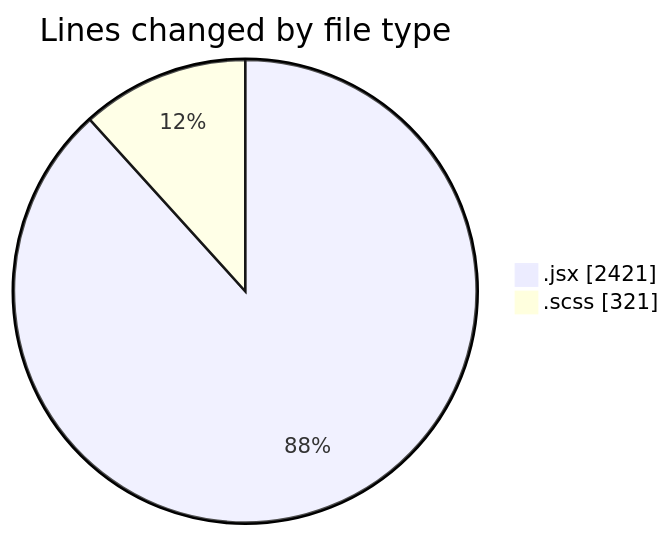
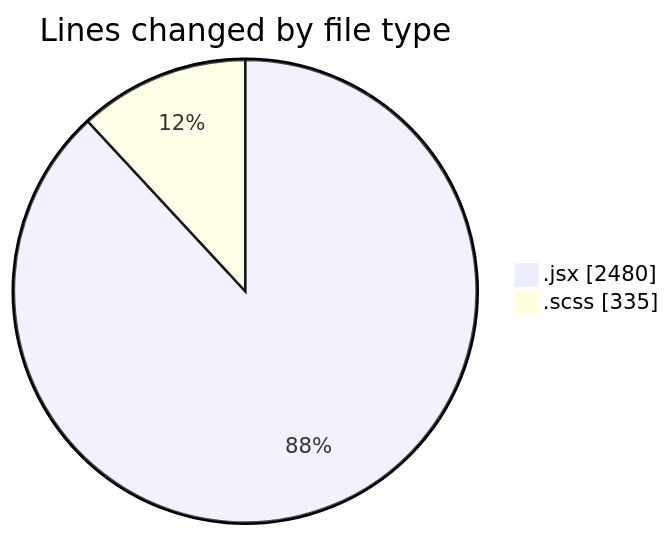
The first of 2 diagrams in 2026-09-02/cda/README.md (momahboobian/code-tracking), drawn with Mermaid before and after one commit. The commit also changed other lines of this file and 1 other file, not shown here.

````diff
--- a/2026-09-02/cda/README.md
+++ b/2026-09-02/cda/README.md
@@ -29,6 +30,6 @@
 ```mermaid
 pie showData
 title Lines changed by file type
-".jsx" : 2421
-".scss" : 321
+".jsx" : 2480
+".scss" : 335
 ```
````
